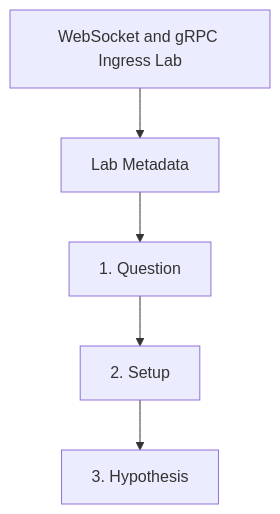
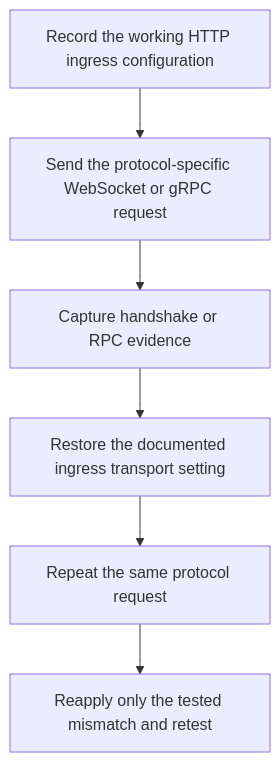
The diagram in docs/troubleshooting/lab-guides/websocket-grpc-ingress.md (yeongseon/azure-container-apps-practical-guide), drawn with Mermaid before and after one commit. The commit also changed other lines of this file and 25 other files, not shown here.

Commit message:
docs(diagrams): migrate lab guide diagrams (#624)

````diff
--- a/docs/troubleshooting/lab-guides/websocket-grpc-ingress.md
+++ b/docs/troubleshooting/lab-guides/websocket-grpc-ingress.md
@@ -188,12 +191,8 @@
 ```mermaid
 flowchart TD
-    A["WebSocket and gRPC Ingress Lab"]
-    B["Lab Metadata"]
-    C["1. Question"]
-    D["2. Setup"]
-    E["3. Hypothesis"]
-    A --> B
-    B --> C
-    C --> D
-    D --> E
+    BASELINE["Record the working HTTP ingress configuration"] --> TEST["Send the protocol-specific WebSocket or gRPC request"]
+    TEST --> OBSERVE["Capture handshake or RPC evidence"]
+    OBSERVE --> FIX["Restore the documented ingress transport setting"]
+    FIX --> VERIFY["Repeat the same protocol request"]
+    VERIFY --> FALSIFY["Reapply only the tested mismatch and retest"]
 ```
````
